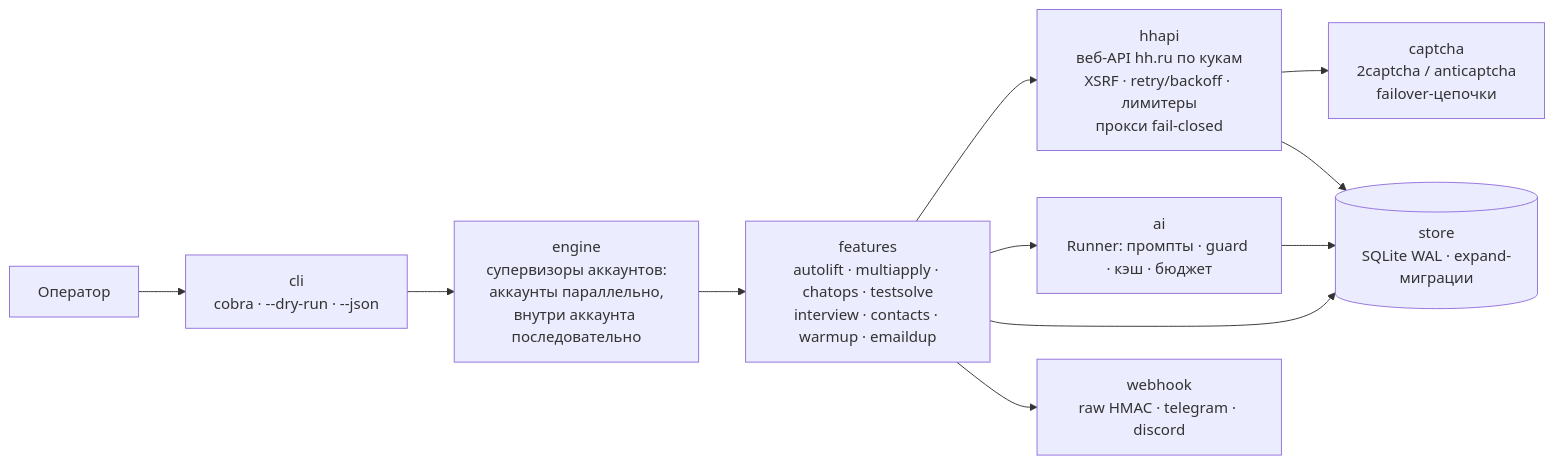
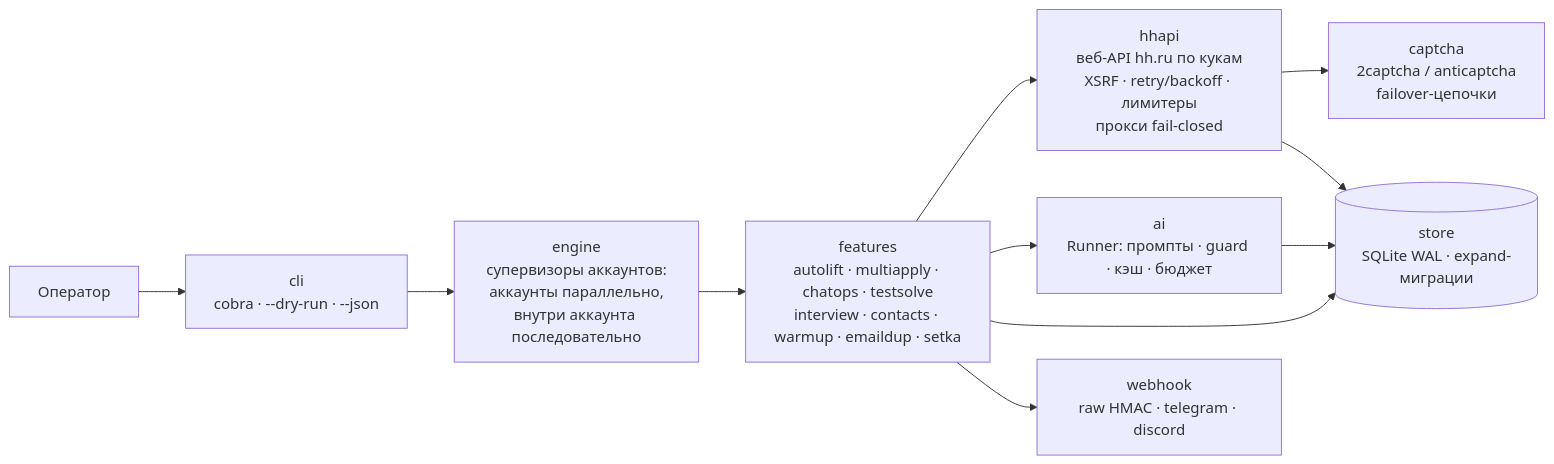
The diagram in README.md (4q4r/hhauto), drawn with Mermaid before and after one commit. The commit also changed other lines of this file and 34 other files, not shown here.

````diff
--- a/README.md
+++ b/README.md
@@ -99,13 +99,13 @@
 ```mermaid
 flowchart LR
     U["Оператор"] --> CLI["cli<br/>cobra · --dry-run · --json"]
     CLI --> ENG["engine<br/>супервизоры аккаунтов:<br/>аккаунты параллельно,<br/>внутри аккаунта последовательно"]
-    ENG --> FEAT["features<br/>autolift · multiapply · chatops · testsolve<br/>interview · contacts · warmup · emaildup"]
+    ENG --> FEAT["features<br/>autolift · multiapply · chatops · testsolve<br/>interview · contacts · warmup · emaildup · setka"]
     FEAT --> API["hhapi<br/>веб-API hh.ru по кукам<br/>XSRF · retry/backoff · лимитеры<br/>прокси fail-closed"]
     FEAT --> AI["ai<br/>Runner: промпты · guard · кэш · бюджет"]
     FEAT --> STORE[("store<br/>SQLite WAL · expand-миграции")]
     FEAT --> WH["webhook<br/>raw HMAC · telegram · discord"]
     API --> CAP["captcha<br/>2captcha / anticaptcha<br/>failover-цепочки"]
     API --> STORE
     AI --> STORE
 ```
````
